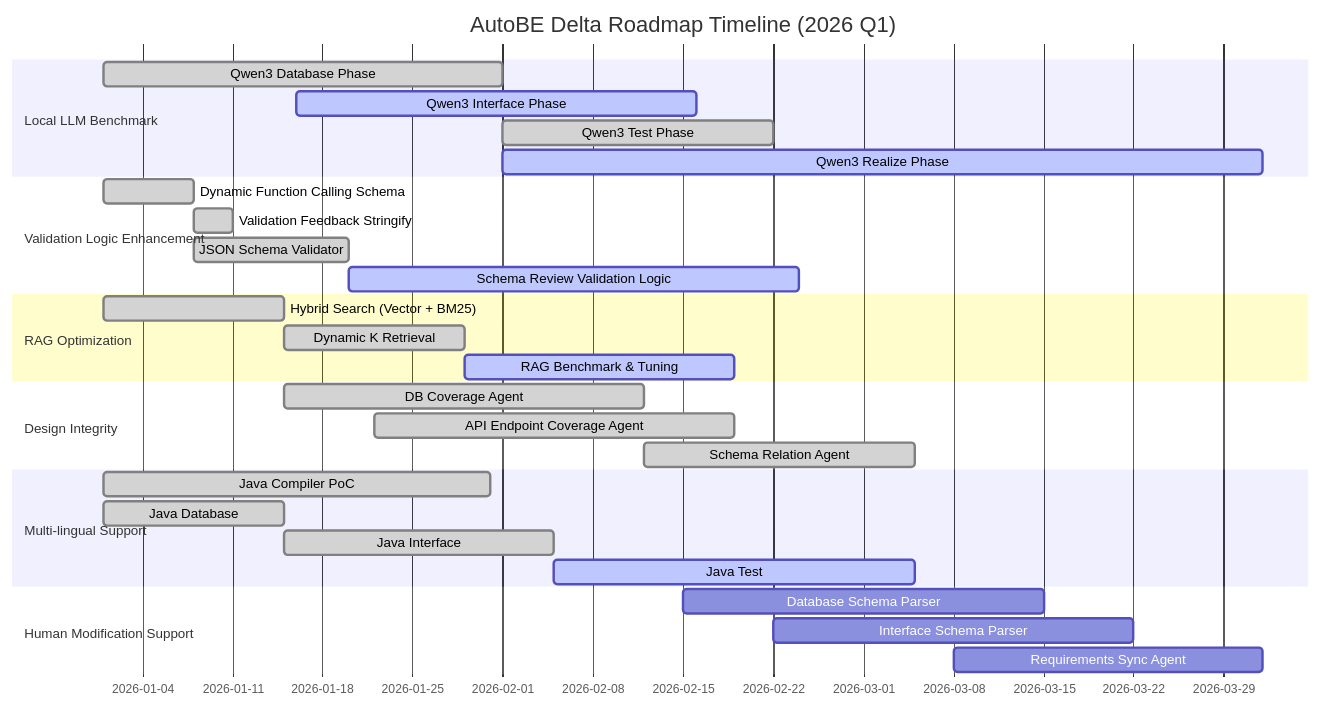
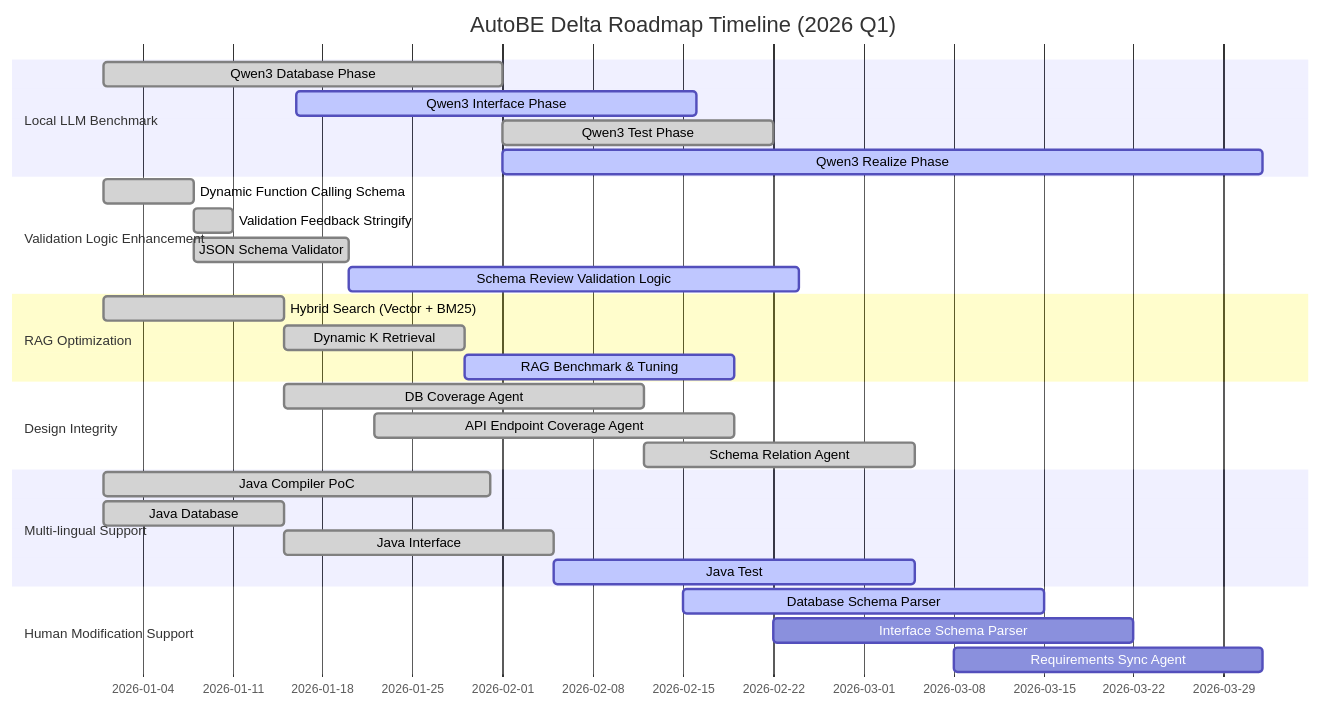
The second of 2 diagrams in README.md (RavenView-ai/autobe), drawn with Mermaid before and after one commit. The commit also changed 13 other files, not shown here.

First line of the commit message:
fix(agent): interface schema assigning rule (#984)

````diff
--- a/README.md
+++ b/README.md
@@ -176,38 +176,38 @@
 ```mermaid
 gantt
   dateFormat YYYY-MM-DD
   title AutoBE Delta Roadmap Timeline (2026 Q1)
 
   section Local LLM Benchmark
   Qwen3 Database Phase             : done,   2026-01-01, 31d
   Qwen3 Interface Phase            : active, 2026-01-16, 31d
   Qwen3 Test Phase                 : done,   2026-02-01, 21d
   Qwen3 Realize Phase              : active, 2026-02-01, 59d
 
   section Validation Logic Enhancement
   Dynamic Function Calling Schema  : done,   2026-01-01, 7d
   Validation Feedback Stringify    : done,   2026-01-08, 3d
   JSON Schema Validator            : done,   2026-01-08, 12d
   Schema Review Validation Logic   : active, 2026-01-20, 35d
 
   section RAG Optimization
   Hybrid Search (Vector + BM25)    : done,    2026-01-01, 14d
   Dynamic K Retrieval              : done,    2026-01-15, 14d
   RAG Benchmark & Tuning           : active,  2026-01-29, 21d
 
   section Design Integrity
   DB Coverage Agent                : done, 2026-01-15, 28d
   API Endpoint Coverage Agent      : done, 2026-01-22, 28d
   Schema Relation Agent            : done, 2026-02-12, 21d
 
   section Multi-lingual Support
   Java Compiler PoC                : done,    2026-01-01, 30d
   Java Database                    : done,    2026-01-01, 14d
   Java Interface                   : done,    2026-01-15, 21d
   Java Test                        : active,  2026-02-05, 28d
 
   section Human Modification Support
-  Database Schema Parser           : planned, 2026-02-15, 28d
+  Database Schema Parser           : active,  2026-02-15, 28d
   Interface Schema Parser          : planned, 2026-02-22, 28d
   Requirements Sync Agent          : planned, 2026-03-08, 24d
 ```
````
